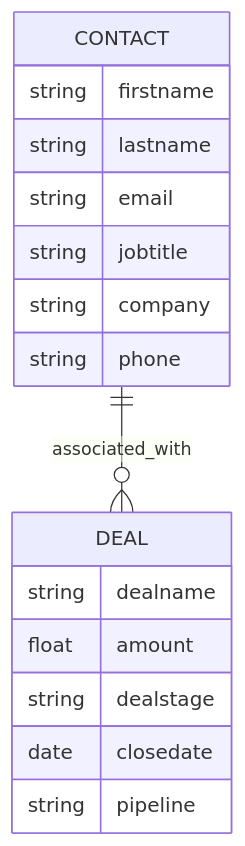
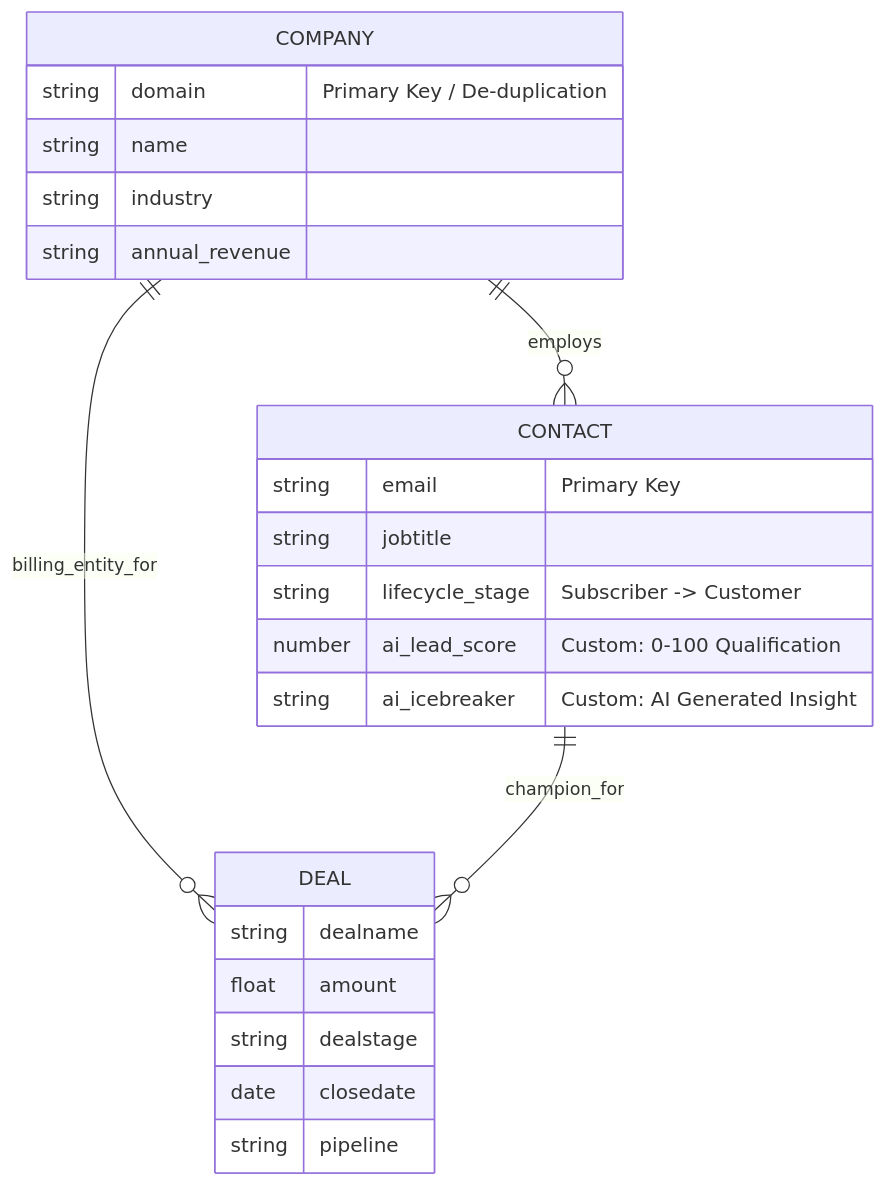
The diagram in README.md (bjamesdowning/hubspot-assessment), drawn with Mermaid before and after one commit. The commit also changed other lines of this file, not shown here.

Commit message:
update erd in readme

````diff
--- a/README.md
+++ b/README.md
@@ -69,19 +69,27 @@
 ```mermaid
 erDiagram
-    CONTACT ||--o{ DEAL : "associated_with"
+    COMPANY ||--o{ CONTACT : "employs"
+    COMPANY ||--o{ DEAL : "billing_entity_for"
+    CONTACT ||--o{ DEAL : "champion_for"
+
+    COMPANY {
+        string domain "Primary Key / De-duplication"
+        string name
+        string industry
+        string annual_revenue
+    }
     CONTACT {
-        string firstname
-        string lastname
-        string email
+        string email "Primary Key"
         string jobtitle
-        string company
-        string phone
+        string lifecycle_stage "Subscriber -> Customer"
+        number ai_lead_score "Custom: 0-100 Qualification"
+        string ai_icebreaker "Custom: AI Generated Insight"
     }
     DEAL {
         string dealname
         float amount
         string dealstage
         date closedate
         string pipeline
     }
 ```
````
